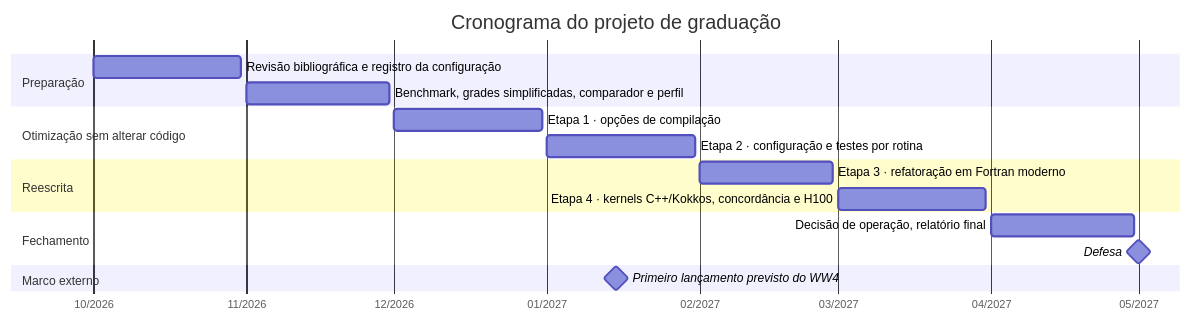
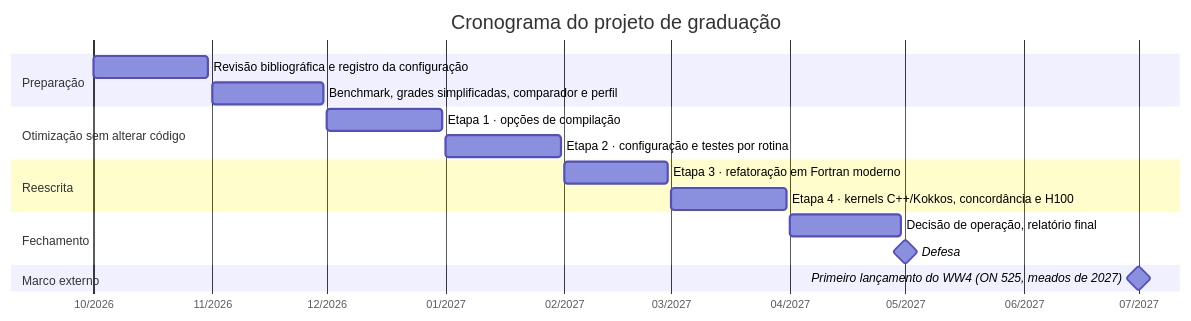
The seventh of 8 diagrams in pubs/proposal/mapas-mentais.pt.md (h0ffmann/ww3-gpu), drawn with Mermaid before and after one commit. The commit also changed 14 other files, not shown here.

````diff
--- a/pubs/proposal/mapas-mentais.pt.md
+++ b/pubs/proposal/mapas-mentais.pt.md
@@ -169,20 +169,20 @@
 ```mermaid
 gantt
     title Cronograma do projeto de graduação
     dateFormat YYYY-MM-DD
     axisFormat %m/%Y
     section Preparação
     Revisão bibliográfica e registro da configuração      :a1, 2026-10-01, 2026-10-31
     Benchmark, grades simplificadas, comparador e perfil   :a2, 2026-11-01, 2026-11-30
     section Otimização sem alterar código
     Etapa 1 · opções de compilação                         :b1, 2026-12-01, 2026-12-31
     Etapa 2 · configuração e testes por rotina             :b2, 2027-01-01, 2027-01-31
     section Reescrita
     Etapa 3 · refatoração em Fortran moderno               :c1, 2027-02-01, 2027-02-28
     Etapa 4 · kernels C++/Kokkos, concordância e H100      :c2, 2027-03-01, 2027-03-31
     section Fechamento
     Decisão de operação, relatório final                   :d1, 2027-04-01, 2027-04-30
     Defesa                                                 :milestone, d2, 2027-05-01, 0d
     section Marco externo
-    Primeiro lançamento previsto do WW4                    :milestone, w4, 2027-01-15, 0d
+    Primeiro lançamento do WW4 (ON 525, meados de 2027)    :milestone, w4, 2027-07-01, 0d
 ```
````
